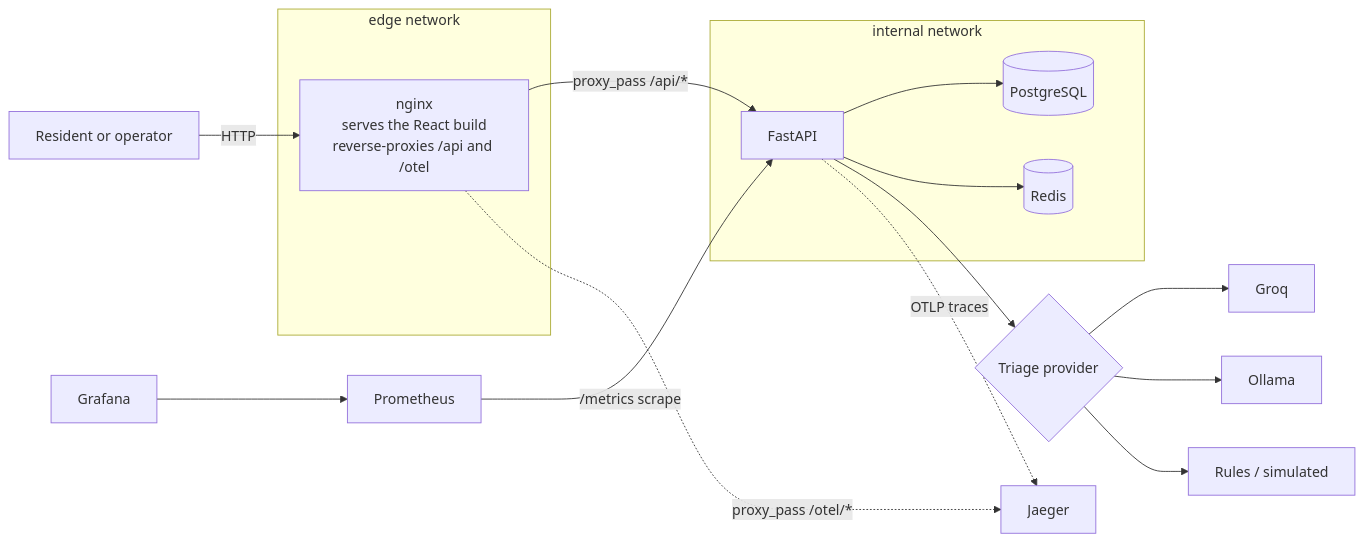
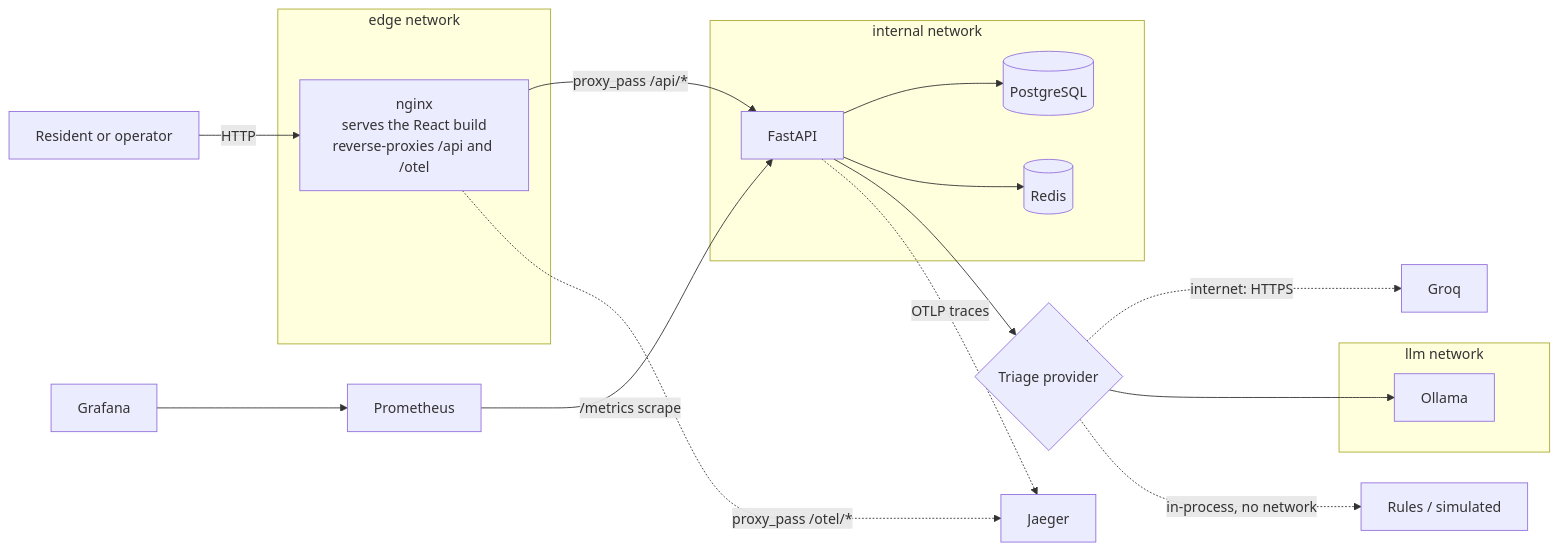
Before and after one commit to M-Hasaam/CivicPulse: the first of 2 diagrams in README.md, drawn with Mermaid.

Commit message:
docs(readme): show Ollama's real llm network, mark Groq/rules as non-network
Ollama is a real container with real network membership (compose.yaml:
networks: [llm, models]) that the diagram left unrepresented. Add an
explicit llm network box for it, matching how internal network was
already drawn for Postgres/Redis. Distinguish it visually from the
other two triage branches, which aren't Compose-network members at
all: Groq is a third-party internet API reached by outbound HTTPS, and
rules/simulated makes no network call whatsoever - it's in-process
keyword matching.

````diff
--- a/README.md
+++ b/README.md
@@ -175,26 +175,30 @@
 ```mermaid
 flowchart LR
     user[Resident or operator] -->|HTTP| frontend
 
     subgraph edgenet["edge network"]
         frontend["nginx<br/>serves the React build<br/>reverse-proxies /api and /otel"]
     end
 
     subgraph internalnet["internal network"]
         backend[FastAPI]
         postgres[(PostgreSQL)]
         redis[(Redis)]
     end
 
+    subgraph llmnet["llm network"]
+        ollama[Ollama]
+    end
+
     frontend -->|"proxy_pass /api/*"| backend
     backend --> postgres
     backend --> redis
     backend --> triage{Triage provider}
-    triage --> groq[Groq]
-    triage --> ollama[Ollama]
-    triage --> rules[Rules / simulated]
+    triage -.->|"internet: HTTPS"| groq[Groq]
+    triage --> ollama
+    triage -.->|"in-process, no network"| rules[Rules / simulated]
     prometheus[Prometheus] -->|/metrics scrape| backend
     grafana[Grafana] --> prometheus
     backend -.->|OTLP traces| jaeger[Jaeger]
     frontend -.->|"proxy_pass /otel/*"| jaeger
 ```
````
